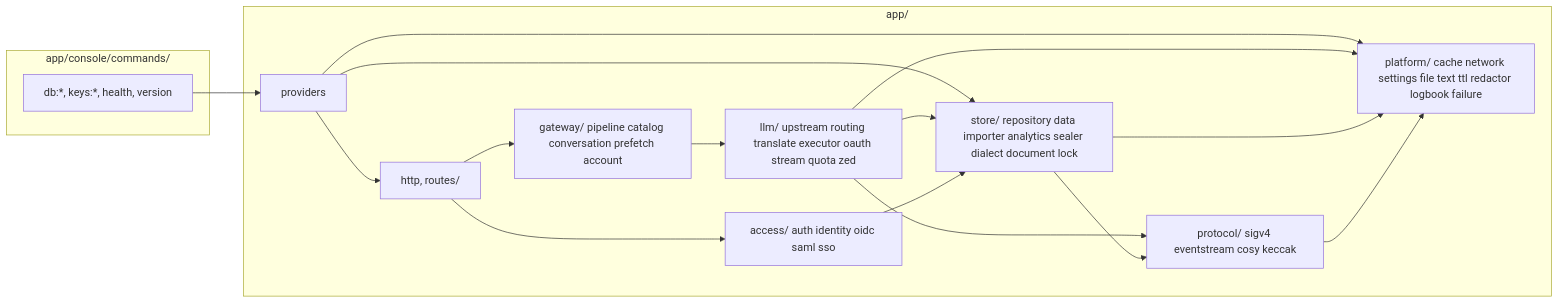
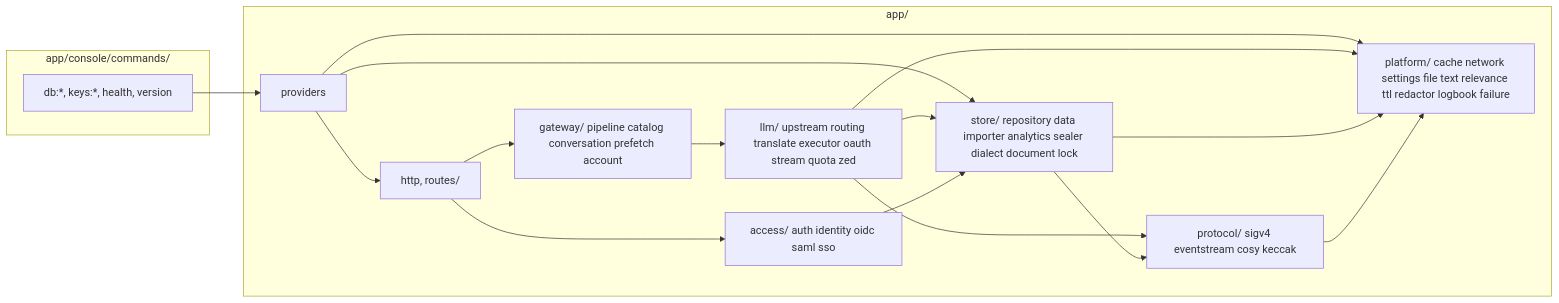
Before and after one commit to dimaskiddo/rllmx: the diagram in docs/ARCHITECTURE.md, drawn with Mermaid. The commit also changed other lines of this file and 77 other files, not shown here.

````diff
--- a/docs/ARCHITECTURE.md
+++ b/docs/ARCHITECTURE.md
@@ -18,32 +18,32 @@
 ```mermaid
 graph LR
     subgraph cmd["app/console/commands/"]
         Main["db:*, keys:*, health, version"]
     end
 
     subgraph internal["app/"]
         App["providers"]
         GW["gateway/ pipeline catalog conversation prefetch account"]
         LLM["llm/ upstream routing translate executor oauth stream quota zed"]
         ACC["access/ auth identity oidc saml sso"]
         ST["store/ repository data importer analytics sealer dialect document lock"]
         PROT["protocol/ sigv4 eventstream cosy keccak"]
-        PLAT["platform/ cache network settings file text ttl redactor logbook failure"]
+        PLAT["platform/ cache network settings file text relevance ttl redactor logbook failure"]
         API["http, routes/"]
     end
 
     Main --> App
     App --> API
     App --> PLAT
     App --> ST
     API --> ACC
     API --> GW
     GW --> LLM
     LLM --> ST
     LLM --> PROT
     LLM --> PLAT
     ACC --> ST
     ST --> PROT
     ST --> PLAT
     PROT --> PLAT
 ```
````
